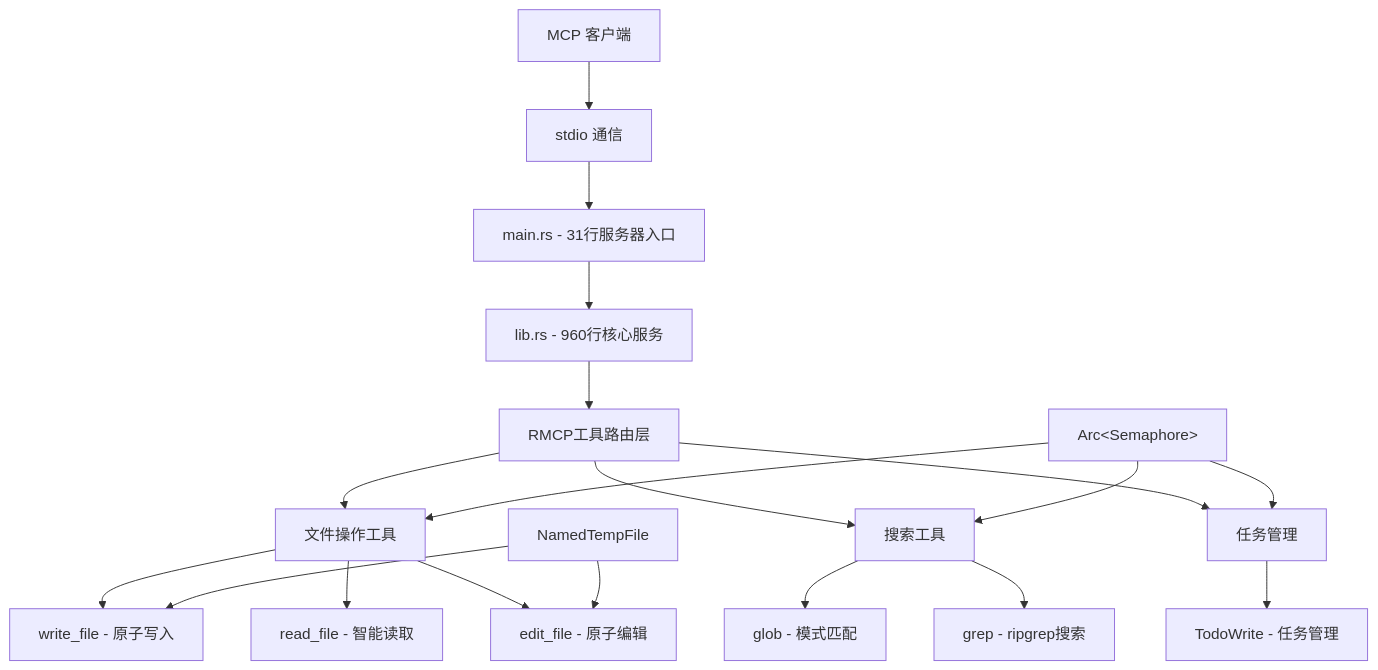
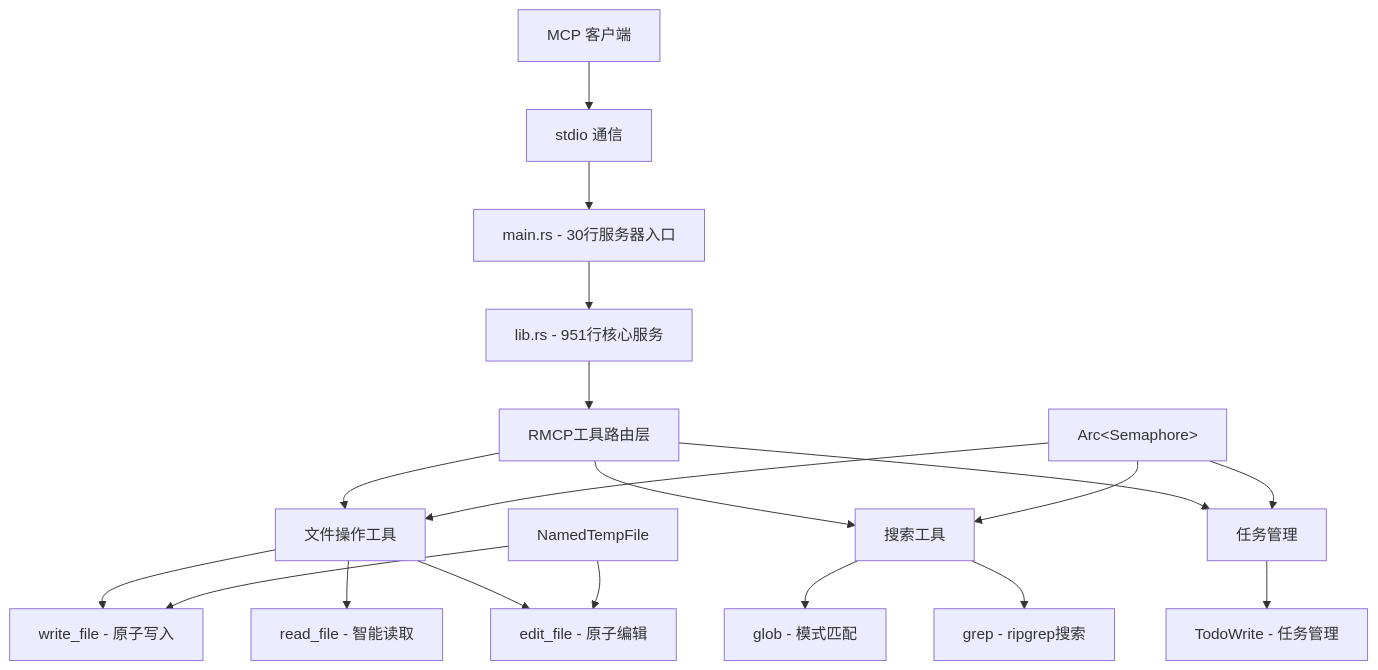
Before and after one commit to x1t/windows-file-tools-mcp-rust: the diagram in README.md, drawn with Mermaid. The commit also changed other lines of this file and 26 other files, not shown here.

````diff
--- a/README.md
+++ b/README.md
@@ -92,21 +92,21 @@
 ```mermaid
 graph TB
     A[MCP 客户端] --> B[stdio 通信]
-    B --> C[main.rs - 31行服务器入口]
-    C --> D[lib.rs - 960行核心服务]
+    B --> C[main.rs - 30行服务器入口]
+    C --> D[lib.rs - 951行核心服务]
     D --> E[RMCP工具路由层]
     E --> F[文件操作工具]
     E --> G[搜索工具]
     E --> H[任务管理]
     F --> F1[write_file - 原子写入]
     F --> F2[read_file - 智能读取]
     F --> F3[edit_file - 原子编辑]
     G --> G1[glob - 模式匹配]
     G --> G2[grep - ripgrep搜索]
     H --> H1[TodoWrite - 任务管理]
     I[Arc&lt;Semaphore&gt;] --> F
     I --> G
     I --> H
     J[NamedTempFile] --> F1
     J --> F3
 ```
````
